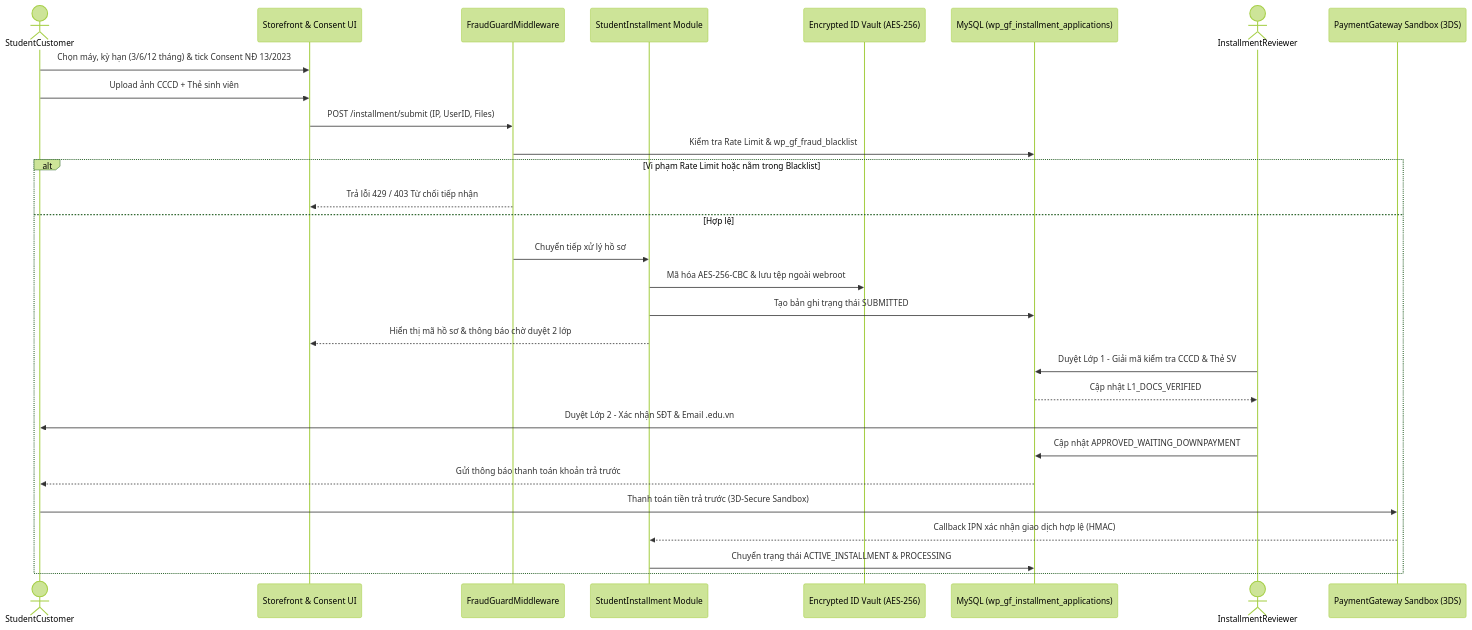
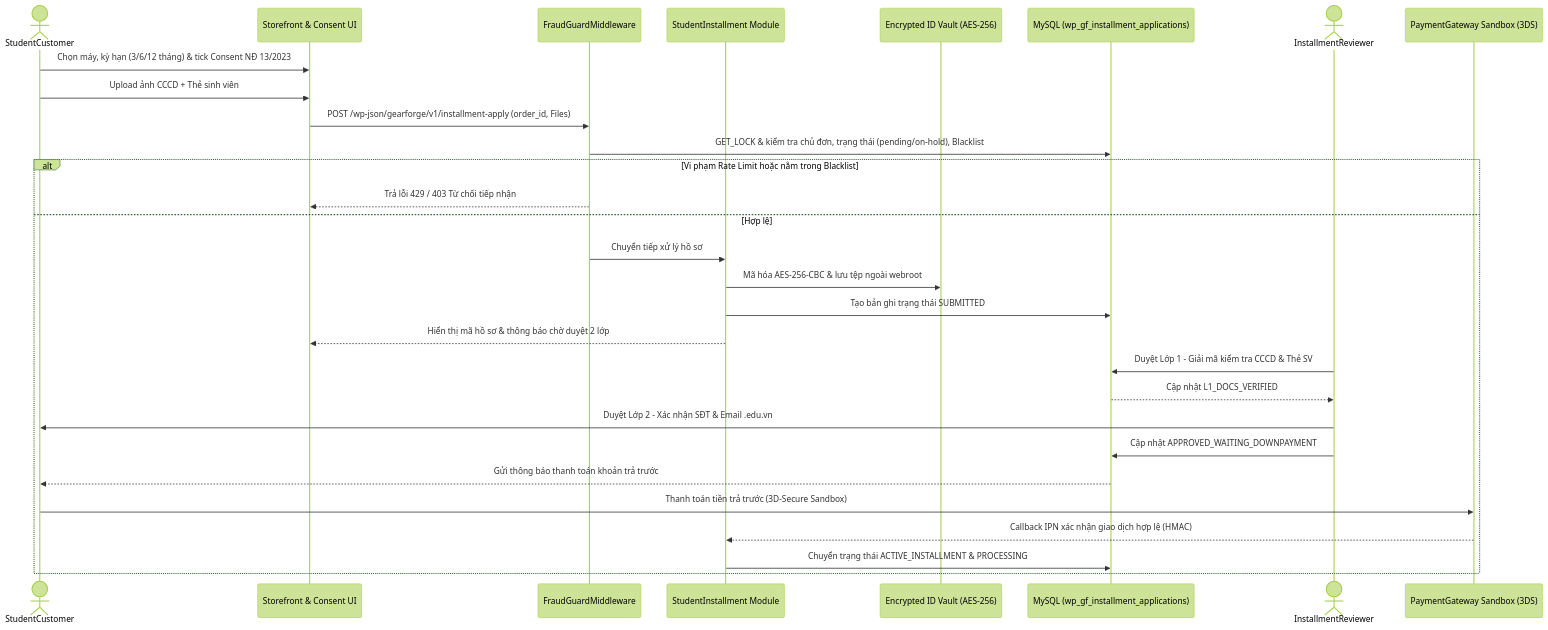
The diagram in 2. Quy ước và Sơ đồ UML/role4_diagrams/UC10_11_Installment_Sequence_Role4.mmd (nguyenthanhtri5h-bot/EC312-GearForge-HeThongTMDT), drawn with Mermaid (forest theme) before and after one commit. The commit also changed 6 other files, not shown here.

Commit message:
docs(role4): cập nhật Sequence Diagram UC-10/11 và bổ sung Sequence Diagram RMA vào sơ đồ & báo cáo Word

```diff
--- a/2. Quy ước và Sơ đồ UML/role4_diagrams/UC10_11_Installment_Sequence_Role4.mmd
+++ b/2. Quy ước và Sơ đồ UML/role4_diagrams/UC10_11_Installment_Sequence_Role4.mmd
@@ -1,32 +1,32 @@
 sequenceDiagram
     actor SV as StudentCustomer
     participant UI as Storefront & Consent UI
     participant FG as FraudGuardMiddleware
     participant Plugin as StudentInstallment Module
     participant Vault as Encrypted ID Vault (AES-256)
     participant DB as MySQL (wp_gf_installment_applications)
     actor Rev as InstallmentReviewer
     participant GW as PaymentGateway Sandbox (3DS)
 
     SV->>UI: Chọn máy, kỳ hạn (3/6/12 tháng) & tick Consent NĐ 13/2023
     SV->>UI: Upload ảnh CCCD + Thẻ sinh viên
-    UI->>FG: POST /installment/submit (IP, UserID, Files)
-    FG->>DB: Kiểm tra Rate Limit & wp_gf_fraud_blacklist
+    UI->>FG: POST /wp-json/gearforge/v1/installment-apply (order_id, Files)
+    FG->>DB: GET_LOCK & kiểm tra chủ đơn, trạng thái (pending/on-hold), Blacklist
     alt Vi phạm Rate Limit hoặc nằm trong Blacklist
         FG-->>UI: Trả lỗi 429 / 403 Từ chối tiếp nhận
     else Hợp lệ
         FG->>Plugin: Chuyển tiếp xử lý hồ sơ
         Plugin->>Vault: Mã hóa AES-256-CBC & lưu tệp ngoài webroot
         Plugin->>DB: Tạo bản ghi trạng thái SUBMITTED
         Plugin-->>UI: Hiển thị mã hồ sơ & thông báo chờ duyệt 2 lớp
 
         Rev->>DB: Duyệt Lớp 1 - Giải mã kiểm tra CCCD & Thẻ SV
         DB-->>Rev: Cập nhật L1_DOCS_VERIFIED
         Rev->>SV: Duyệt Lớp 2 - Xác nhận SĐT & Email .edu.vn
         Rev->>DB: Cập nhật APPROVED_WAITING_DOWNPAYMENT
         DB-->>SV: Gửi thông báo thanh toán khoản trả trước
 
         SV->>GW: Thanh toán tiền trả trước (3D-Secure Sandbox)
         GW-->>Plugin: Callback IPN xác nhận giao dịch hợp lệ (HMAC)
         Plugin->>DB: Chuyển trạng thái ACTIVE_INSTALLMENT & PROCESSING
     end
```
